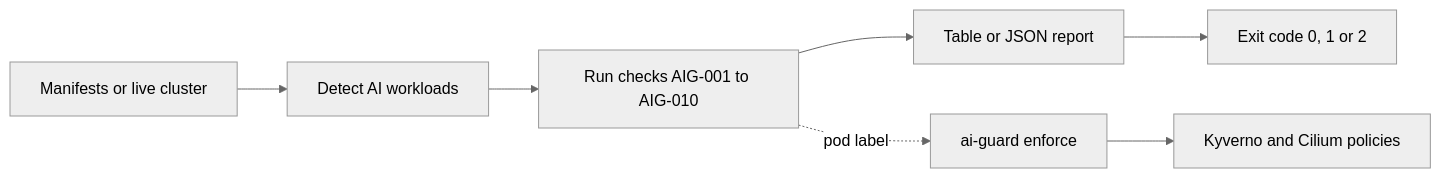
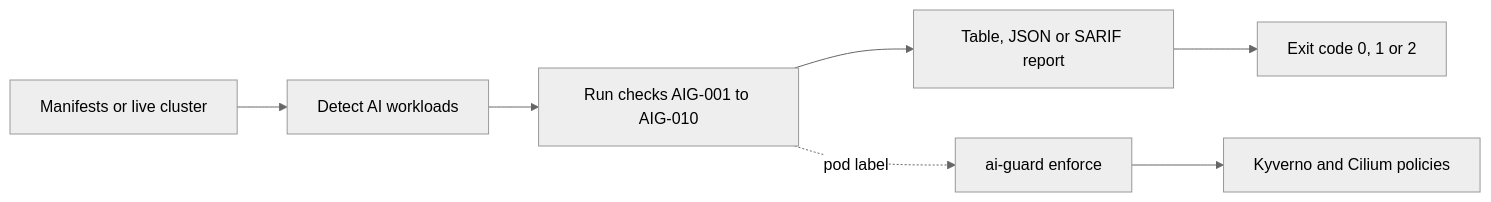
The diagram in README.md (sv222/ai-guard-k8s), drawn with Mermaid (neutral theme) before and after one commit. The commit also changed other lines of this file, not shown here.

Commit message:
docs: add GitHub code scanning section and update roadmap

````diff
--- a/README.md
+++ b/README.md
@@ -143,9 +144,9 @@
 ```mermaid
 flowchart LR
     A[Manifests or live cluster] --> B[Detect AI workloads]
     B --> C[Run checks AIG-001 to AIG-010]
-    C --> D[Table or JSON report]
+    C --> D[Table, JSON or SARIF report]
     D --> E[Exit code 0, 1 or 2]
     C -.->|pod label| F[ai-guard enforce]
     F --> G[Kyverno and Cilium policies]
 ```
````
